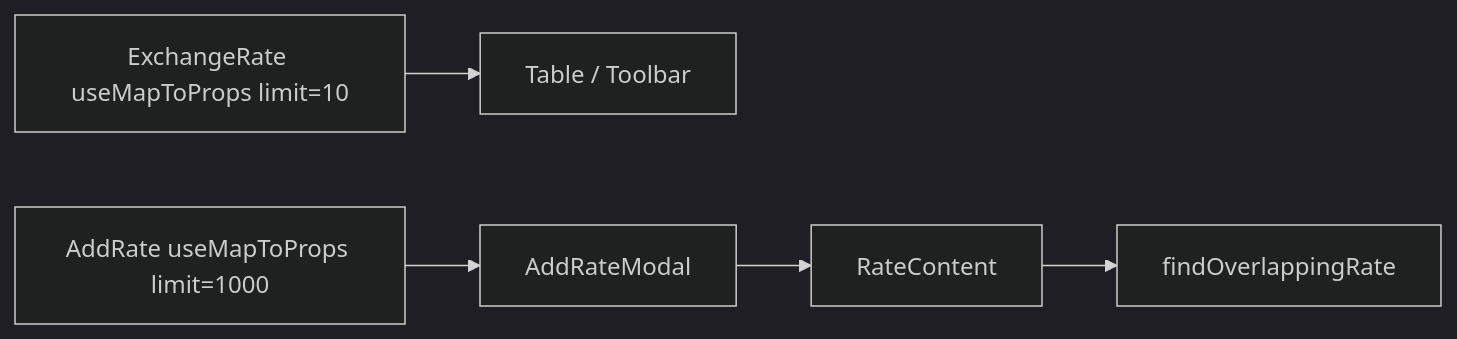
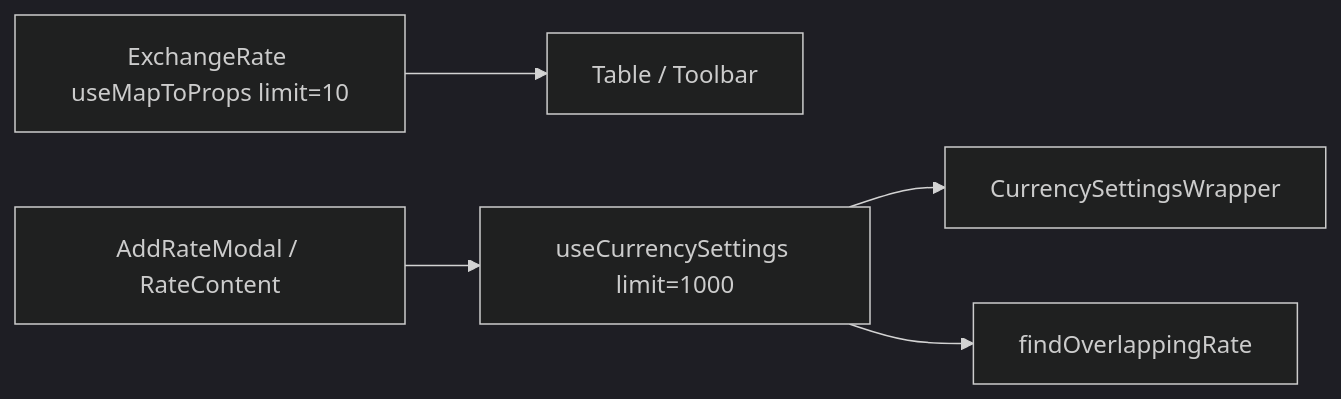
One commit to project-koku/koku-ui changed the diagram in docs/plans/0006-add-rate-currency-fetch.md. Above: the diagram before and after it, drawn with Mermaid (dark theme). The commit also changed other lines of this file and 6 other files, not shown here.

````diff
--- a/docs/plans/0006-add-rate-currency-fetch.md
+++ b/docs/plans/0006-add-rate-currency-fetch.md
@@ -26,7 +20,8 @@
 ```mermaid
 flowchart LR
   ExchangeRate["ExchangeRate useMapToProps limit=10"] --> Table[Table / Toolbar]
-  AddRate["AddRate useMapToProps limit=1000"] --> Modal[AddRateModal]
-  Modal --> RateContent
-  RateContent --> Overlap[findOverlappingRate]
+  Modal[AddRateModal / RateContent]
+  Hook["useCurrencySettings limit=1000"] --> Dropdowns[CurrencySettingsWrapper]
+  Hook --> Overlap[findOverlappingRate]
+  Modal --> Hook
 ```
````
